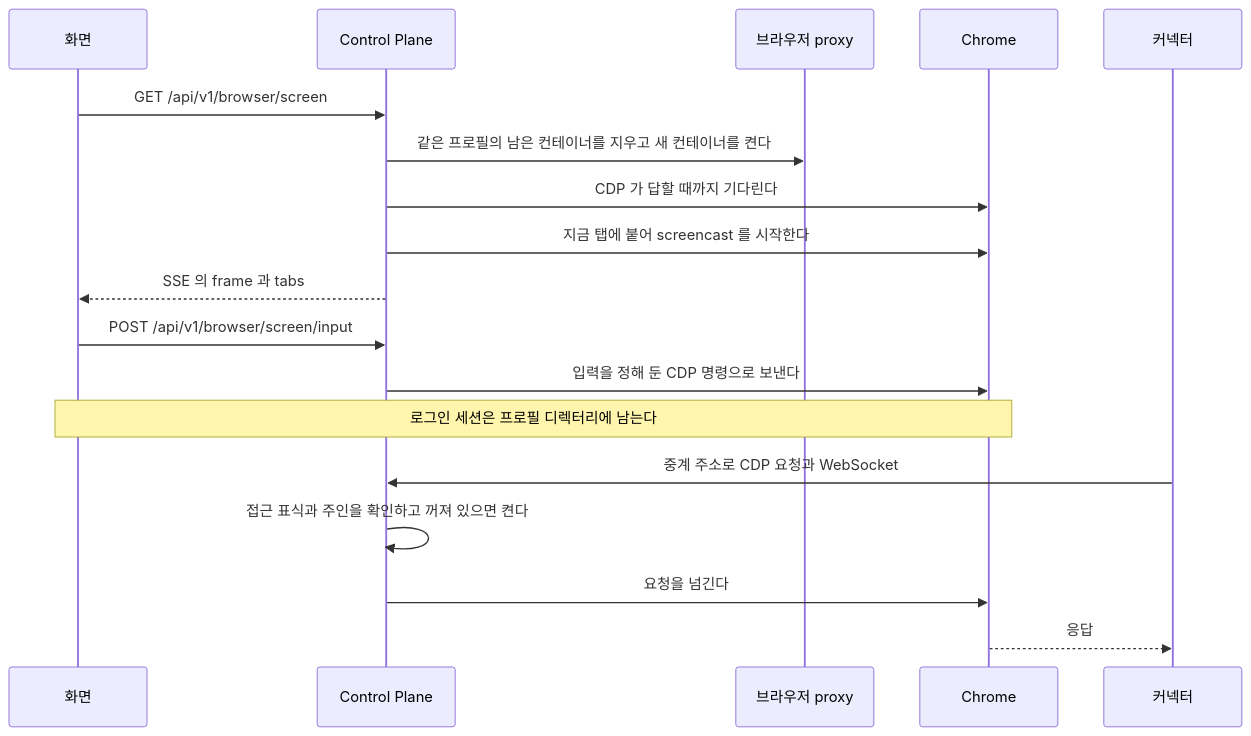
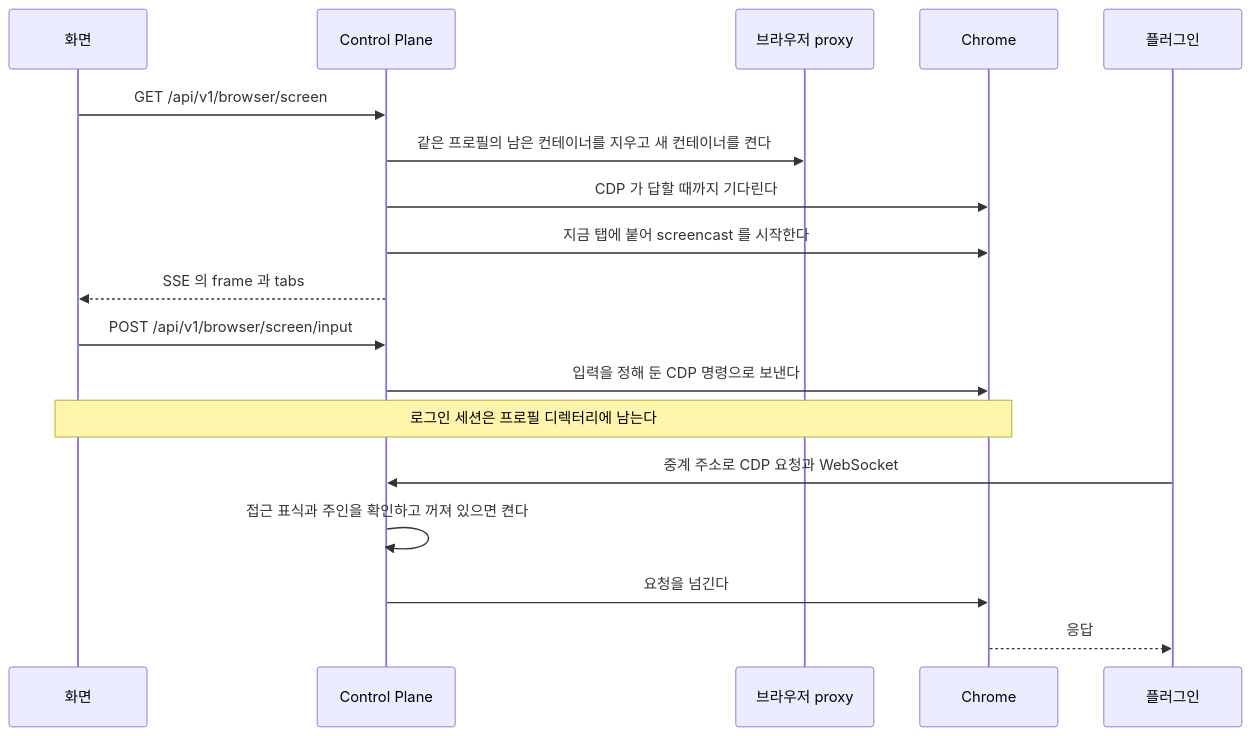
The diagram in docs/features/user-browser.md (jon890/fos-assistant), drawn with Mermaid before and after one commit. The commit also changed other lines of this file and 26 other files, not shown here.

First line of the commit message:
docs(docs): 문서와 용어표의 「커넥터」 를 「플러그인」 으로 바꾼다

````diff
--- a/docs/features/user-browser.md
+++ b/docs/features/user-browser.md
@@ -19,21 +19,21 @@
 ```mermaid
 sequenceDiagram
     participant W as 화면
     participant C as Control Plane
     participant P as 브라우저 proxy
     participant B as Chrome
-    participant K as 커넥터
+    participant K as 플러그인
 
     W->>C: GET /api/v1/browser/screen
     C->>P: 같은 프로필의 남은 컨테이너를 지우고 새 컨테이너를 켠다
     C->>B: CDP 가 답할 때까지 기다린다
     C->>B: 지금 탭에 붙어 screencast 를 시작한다
     C-->>W: SSE 의 frame 과 tabs
     W->>C: POST /api/v1/browser/screen/input
     C->>B: 입력을 정해 둔 CDP 명령으로 보낸다
     Note over W,B: 로그인 세션은 프로필 디렉터리에 남는다
     K->>C: 중계 주소로 CDP 요청과 WebSocket
     C->>C: 접근 표식과 주인을 확인하고 꺼져 있으면 켠다
     C->>B: 요청을 넘긴다
     B-->>K: 응답
 ```
````
